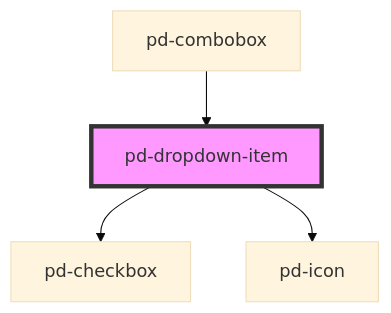
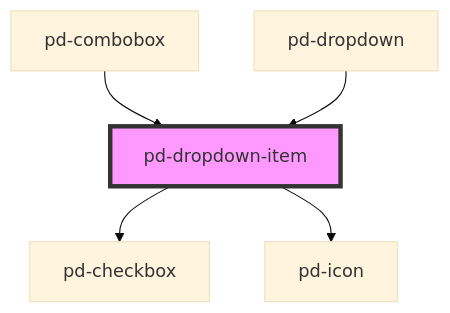
One commit to Lambda-IT/parlamentsdienste-components changed the diagram in packages/core/src/components/pd-dropdown-item/readme.md. Above: the diagram before and after it, drawn with Mermaid (base theme). The commit also changed other lines of this file and 38 other files, not shown here.

````diff
--- a/packages/core/src/components/pd-dropdown-item/readme.md
+++ b/packages/core/src/components/pd-dropdown-item/readme.md
@@ -32,7 +33,8 @@
 ```mermaid
 graph TD;
   pd-dropdown-item --> pd-checkbox
   pd-dropdown-item --> pd-icon
   pd-combobox --> pd-dropdown-item
+  pd-dropdown --> pd-dropdown-item
   style pd-dropdown-item fill:#f9f,stroke:#333,stroke-width:4px
 ```
````
